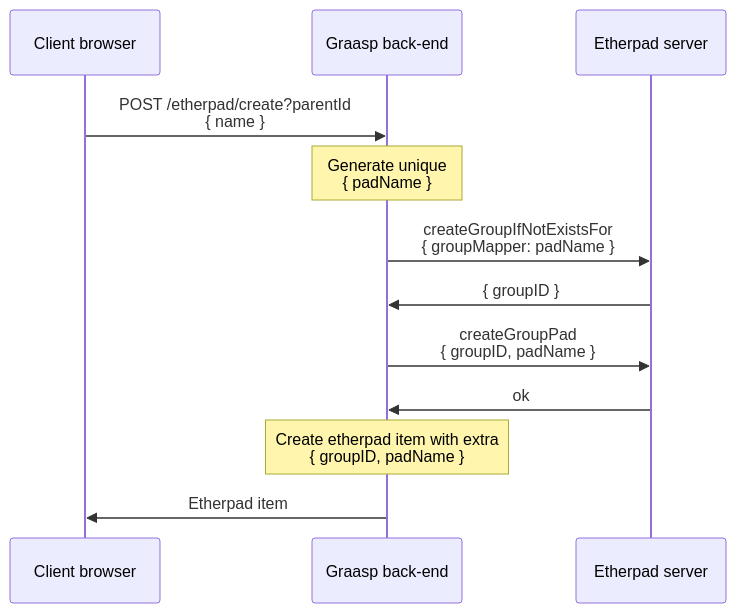
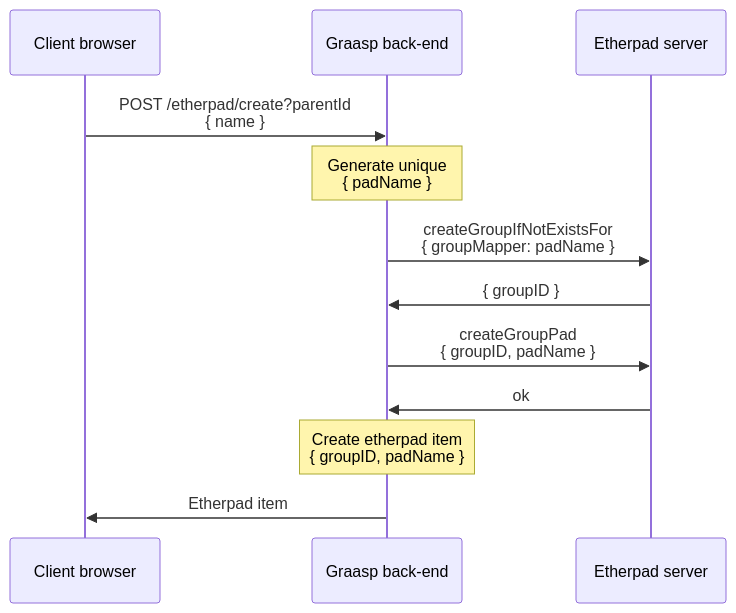
Before and after one commit to graasp/graasp: the first of 2 diagrams in src/services/item/plugins/etherpad/README.md, drawn with Mermaid. The commit also changed other lines of this file, not shown here.

````diff
--- a/src/services/item/plugins/etherpad/README.md
+++ b/src/services/item/plugins/etherpad/README.md
@@ -106,11 +106,11 @@
 ```mermaid
 sequenceDiagram
     Client browser ->> Graasp back-end: POST /etherpad/create?parentId <br> { name }
     Note over Graasp back-end: Generate unique <br> { padName }
     Graasp back-end ->> Etherpad server: createGroupIfNotExistsFor <br> { groupMapper: padName }
     Etherpad server ->> Graasp back-end:  { groupID }
     Graasp back-end ->> Etherpad server: createGroupPad <br> { groupID, padName }
     Etherpad server ->> Graasp back-end: ok
-    Note over Graasp back-end: Create etherpad item with extra <br> { groupID, padName }
+    Note over Graasp back-end: Create etherpad item <br> { groupID, padName }
     Graasp back-end ->> Client browser: Etherpad item
 ```
````
